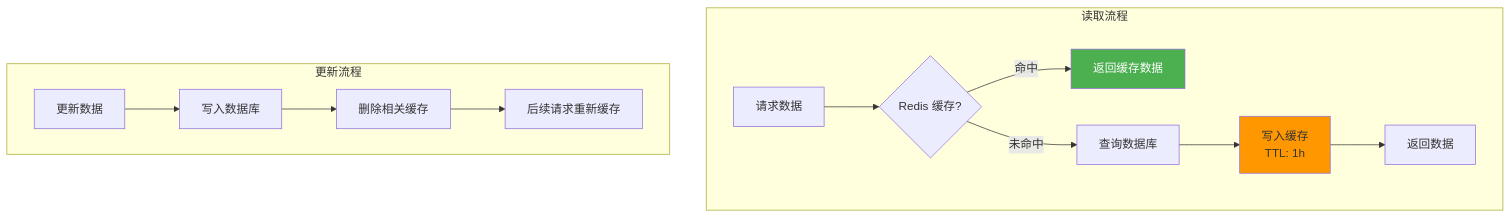
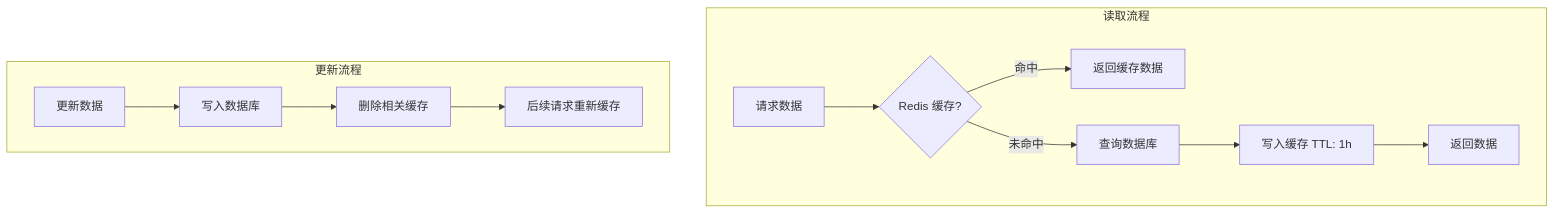
Before and after one commit to zhaotoday/translatex: diagram 17 of 19 in workflows-diagrams.md, drawn with Mermaid. The commit also changed other lines of this file and 5 other files, not shown here.

````diff
--- a/workflows-diagrams.md
+++ b/workflows-diagrams.md
@@ -527,19 +492,16 @@
 ```mermaid
 graph TD
-    subgraph "读取流程"
+    subgraph read["读取流程"]
         A[请求数据] --> B{Redis 缓存?}
         B -->|命中| C[返回缓存数据]
         B -->|未命中| D[查询数据库]
-        D --> E[写入缓存<br/>TTL: 1h]
+        D --> E[写入缓存 TTL: 1h]
         E --> F[返回数据]
     end
     
-    subgraph "更新流程"
+    subgraph update["更新流程"]
         G[更新数据] --> H[写入数据库]
         H --> I[删除相关缓存]
         I --> J[后续请求重新缓存]
     end
-    
-    style C fill:#4CAF50,color:#fff
-    style E fill:#FF9800
 ```
````
